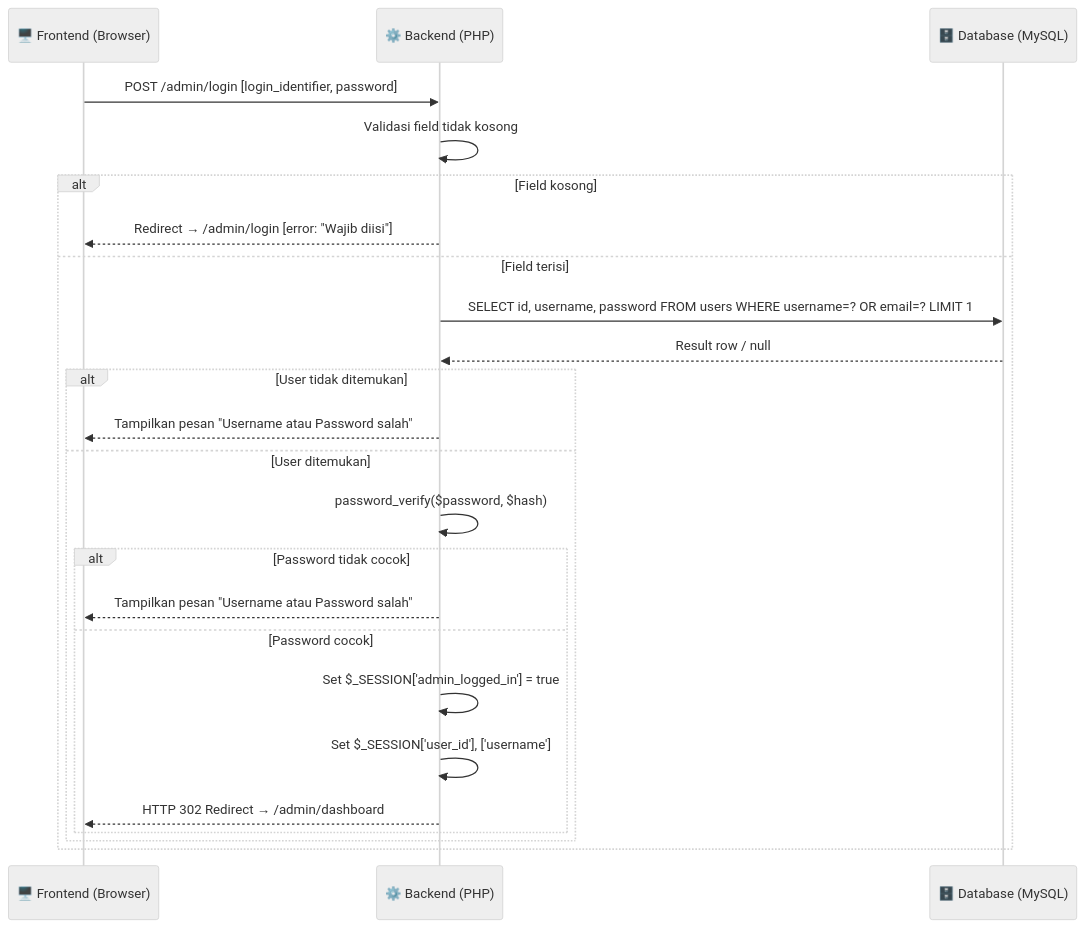
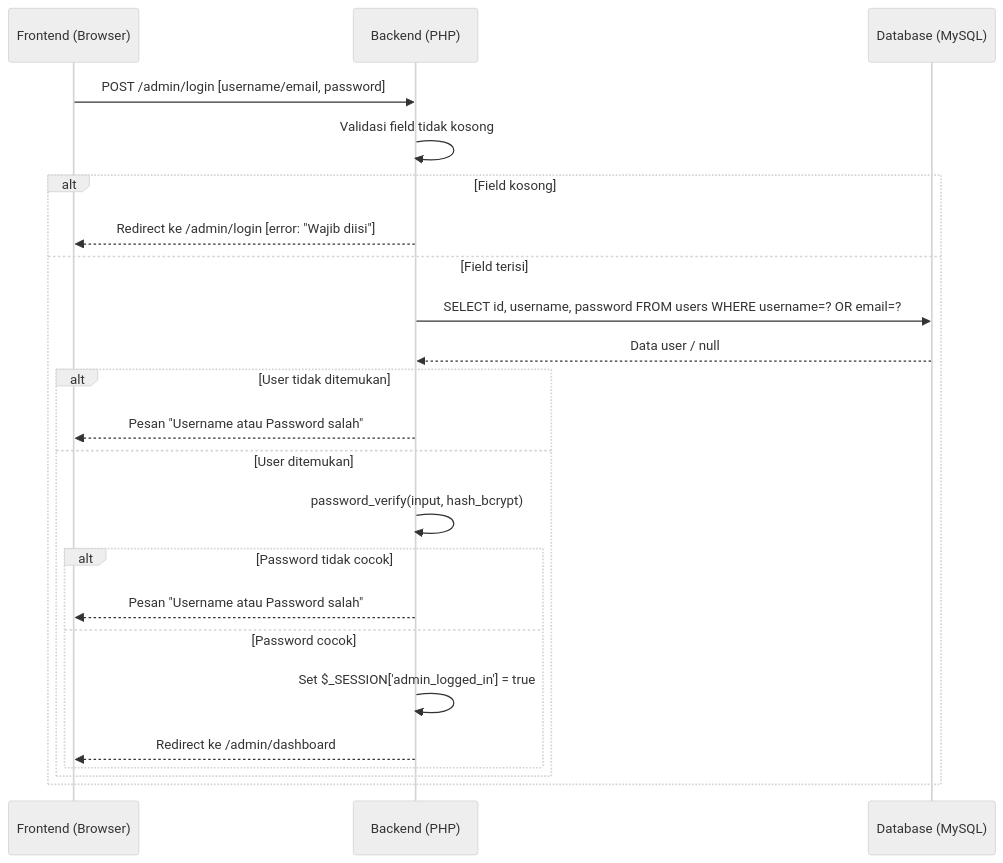
One commit to arbain-dev/Web_fikom changed the first of 11 diagrams in docs/02_SEQUENCE_DIAGRAM.md. Above: the diagram before and after it, drawn with Mermaid (neutral theme). The commit also changed other lines of this file, not shown here.

Commit message:
docs(seq): buat ulang sequence diagram dengan penjelasan naratif sederhana di bawah setiap diagram

````diff
--- a/docs/02_SEQUENCE_DIAGRAM.md
+++ b/docs/02_SEQUENCE_DIAGRAM.md
@@ -13,27 +11,26 @@
 ```mermaid
 sequenceDiagram
-    participant FE as 🖥️ Frontend (Browser)
-    participant BE as ⚙️ Backend (PHP)
-    participant DB as 🗄️ Database (MySQL)
+    participant FE as Frontend (Browser)
+    participant BE as Backend (PHP)
+    participant DB as Database (MySQL)
 
-    FE->>BE: POST /admin/login [login_identifier, password]
+    FE->>BE: POST /admin/login [username/email, password]
     BE->>BE: Validasi field tidak kosong
     alt Field kosong
-        BE-->>FE: Redirect → /admin/login [error: "Wajib diisi"]
+        BE-->>FE: Redirect ke /admin/login [error: "Wajib diisi"]
     else Field terisi
-        BE->>DB: SELECT id, username, password FROM users WHERE username=? OR email=? LIMIT 1
-        DB-->>BE: Result row / null
+        BE->>DB: SELECT id, username, password FROM users WHERE username=? OR email=?
+        DB-->>BE: Data user / null
         alt User tidak ditemukan
-            BE-->>FE: Tampilkan pesan "Username atau Password salah"
+            BE-->>FE: Pesan "Username atau Password salah"
         else User ditemukan
-            BE->>BE: password_verify($password, $hash)
+            BE->>BE: password_verify(input, hash_bcrypt)
             alt Password tidak cocok
-                BE-->>FE: Tampilkan pesan "Username atau Password salah"
+                BE-->>FE: Pesan "Username atau Password salah"
             else Password cocok
                 BE->>BE: Set $_SESSION['admin_logged_in'] = true
-                BE->>BE: Set $_SESSION['user_id'], ['username']
-                BE-->>FE: HTTP 302 Redirect → /admin/dashboard
+                BE-->>FE: Redirect ke /admin/dashboard
             end
         end
     end
 ```
````
